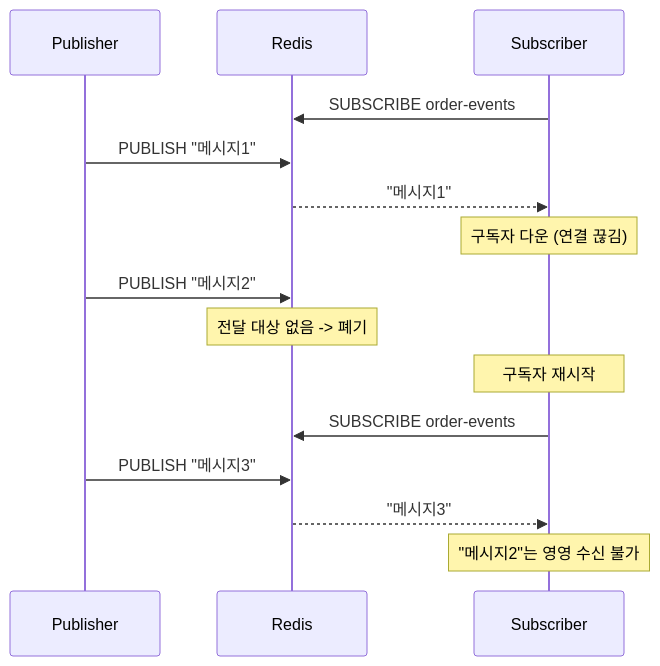
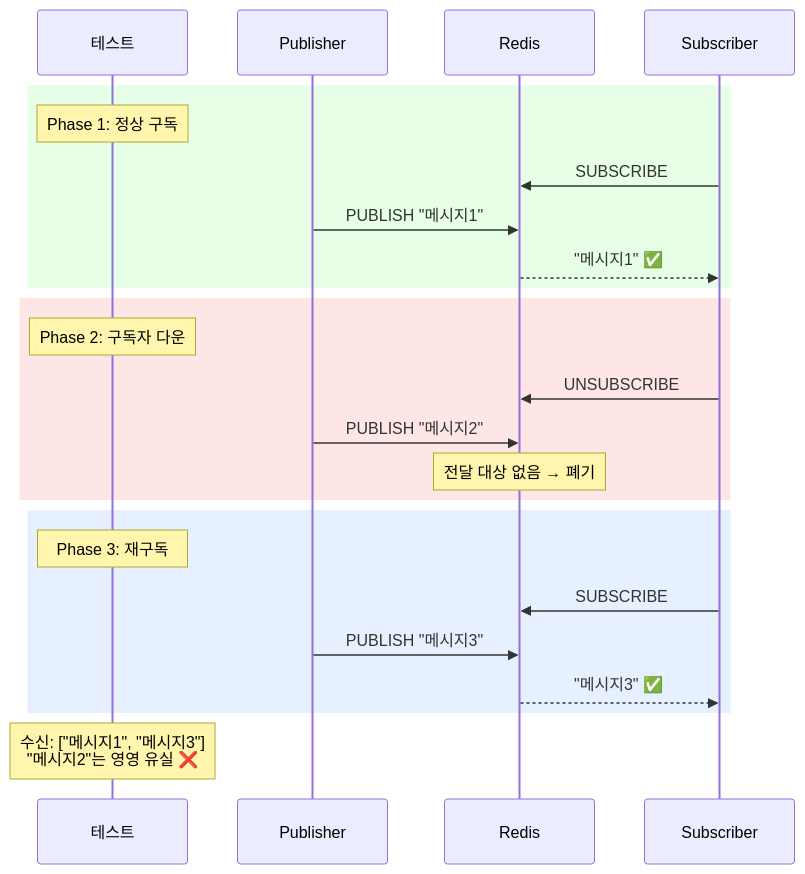
One commit to katiekim17/messaging-lab changed the fourth of 4 diagrams in src/test/java/com/example/messaging/step4_redis_pubsub/README.md. Above: the diagram before and after it, drawn with Mermaid. The commit also changed other lines of this file and 6 other files, not shown here.

````diff
--- a/src/test/java/com/example/messaging/step4_redis_pubsub/README.md
+++ b/src/test/java/com/example/messaging/step4_redis_pubsub/README.md
@@ -80,20 +89,30 @@
 ```mermaid
 sequenceDiagram
-    participant Publisher
-    participant Redis
-    participant Subscriber
+    participant Test as 테스트
+    participant Pub as Publisher
+    participant Redis as Redis
+    participant Sub as Subscriber
 
-    Subscriber->>Redis: SUBSCRIBE order-events
-    Publisher->>Redis: PUBLISH "메시지1"
-    Redis-->>Subscriber: "메시지1"
+    rect rgb(230, 255, 230)
+        Note over Test: Phase 1: 정상 구독
+        Sub->>Redis: SUBSCRIBE
+        Pub->>Redis: PUBLISH "메시지1"
+        Redis-->>Sub: "메시지1" ✅
+    end
 
-    Note over Subscriber: 구독자 다운 (연결 끊김)
-    Publisher->>Redis: PUBLISH "메시지2"
-    Note over Redis: 전달 대상 없음 -> 폐기
+    rect rgb(255, 230, 230)
+        Note over Test: Phase 2: 구독자 다운
+        Sub->>Redis: UNSUBSCRIBE
+        Pub->>Redis: PUBLISH "메시지2"
+        Note over Redis: 전달 대상 없음 → 폐기
+    end
 
-    Note over Subscriber: 구독자 재시작
-    Subscriber->>Redis: SUBSCRIBE order-events
-    Publisher->>Redis: PUBLISH "메시지3"
-    Redis-->>Subscriber: "메시지3"
-    Note over Subscriber: "메시지2"는 영영 수신 불가
+    rect rgb(230, 240, 255)
+        Note over Test: Phase 3: 재구독
+        Sub->>Redis: SUBSCRIBE
+        Pub->>Redis: PUBLISH "메시지3"
+        Redis-->>Sub: "메시지3" ✅
+    end
+
+    Note over Test: 수신: ["메시지1", "메시지3"]<br/>"메시지2"는 영영 유실 ❌
 ```
````
